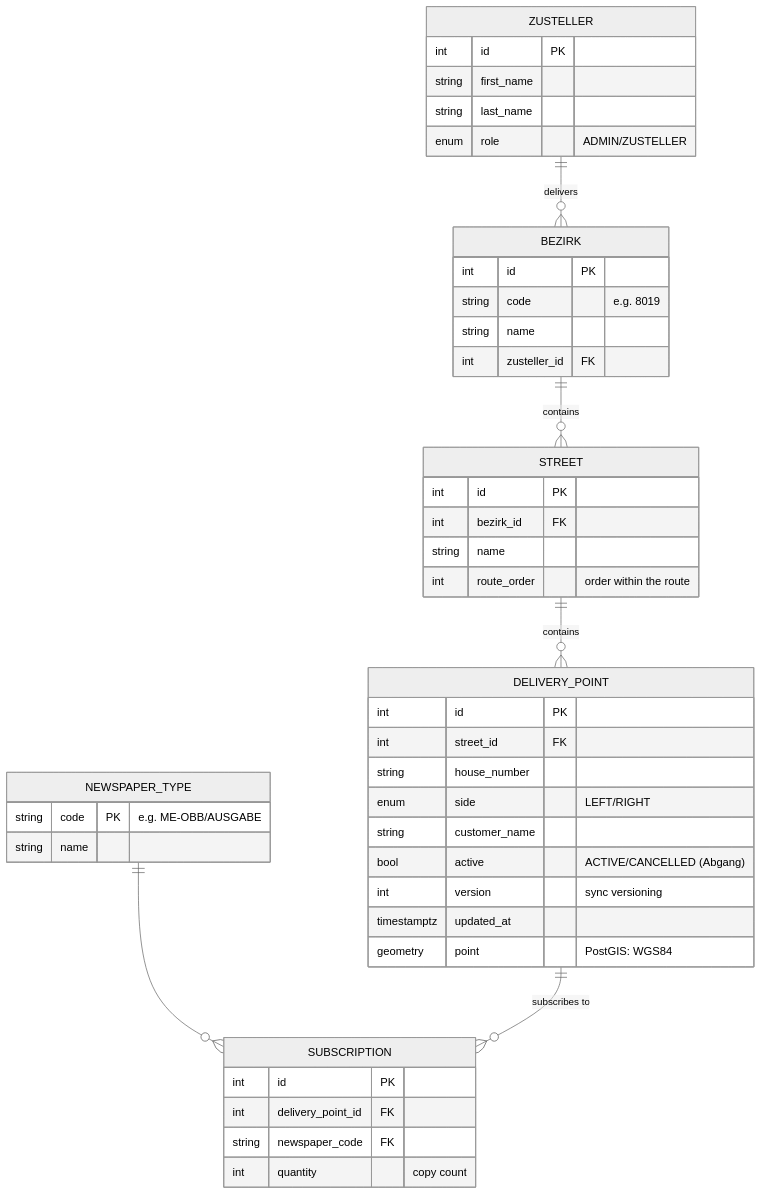
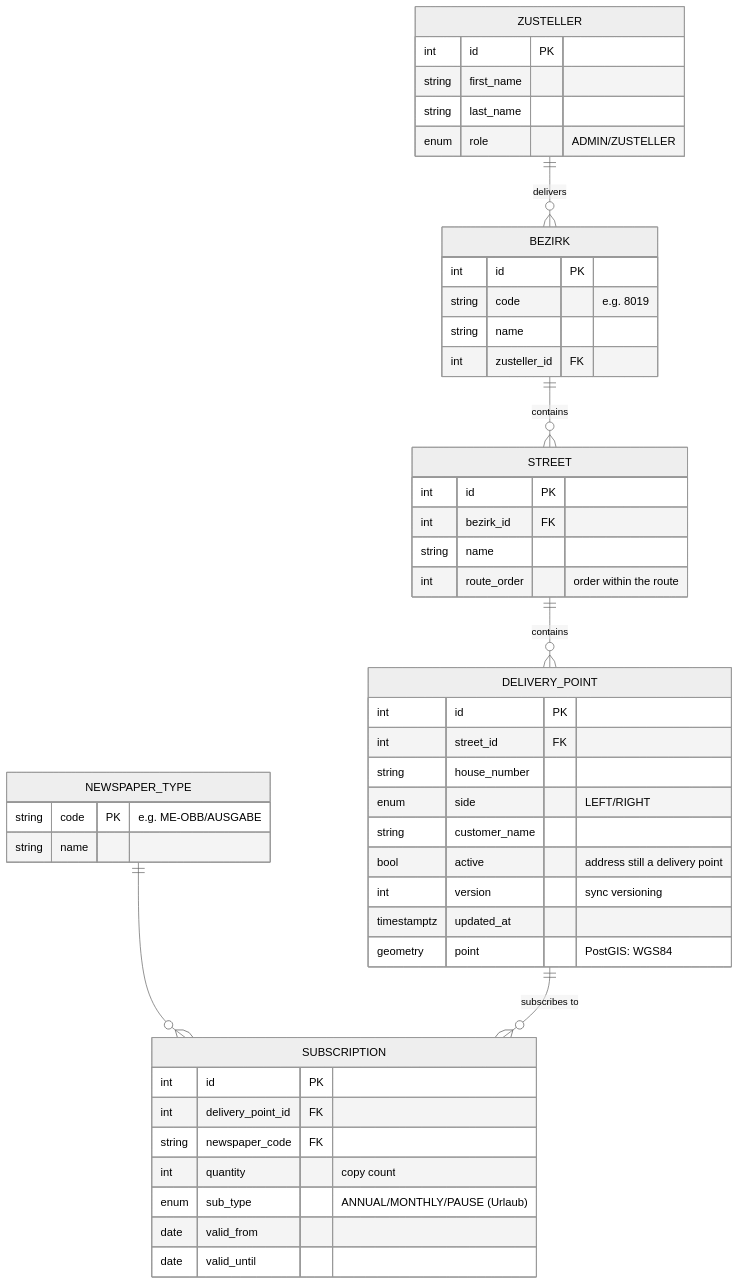
One commit to Robert-Sobolewski/zeitung-zusteller changed the diagram in docs/02_design/database_model.md. Above: the diagram before and after it, drawn with Mermaid (neutral theme). The commit also changed other lines of this file and 2 other files, not shown here.

Commit message:
docs: subscription domain model — validity periods for Zugang/Abgang/Urlaub
- docs/01_analysis/requirements.md: context = subscriber list (monthly/annual subscriptions); F4 change types include Urlaub pause
- docs/02_design/database_model.md: SUBSCRIPTION gains sub_type + valid_from/valid_until; daily list derived by date range, not stored
- docs/05_roadmap/roadmap.md: Phase 1 parser — import = current subscription state, field changes as validity-period updates

````diff
--- a/docs/02_design/database_model.md
+++ b/docs/02_design/database_model.md
@@ -10,47 +10,50 @@
 ```mermaid
 erDiagram
     ZUSTELLER ||--o{ BEZIRK : "delivers"
     BEZIRK ||--o{ STREET : "contains"
     STREET ||--o{ DELIVERY_POINT : "contains"
     NEWSPAPER_TYPE ||--o{ SUBSCRIPTION : ""
     DELIVERY_POINT ||--o{ SUBSCRIPTION : "subscribes to"
     DELIVERY_POINT {
         int id PK
         int street_id FK
         string house_number
         enum side "LEFT/RIGHT"
         string customer_name
-        bool active "ACTIVE/CANCELLED (Abgang)"
+        bool active "address still a delivery point"
         int version "sync versioning"
         timestamptz updated_at
         geometry point "PostGIS: WGS84"
     }
     BEZIRK {
         int id PK
         string code "e.g. 8019"
         string name
         int zusteller_id FK
     }
     STREET {
         int id PK
         int bezirk_id FK
         string name
         int route_order "order within the route"
     }
     ZUSTELLER {
         int id PK
         string first_name
         string last_name
         enum role "ADMIN/ZUSTELLER"
     }
     NEWSPAPER_TYPE {
         string code PK "e.g. ME-OBB/AUSGABE"
         string name
     }
     SUBSCRIPTION {
         int id PK
         int delivery_point_id FK
         string newspaper_code FK
         int quantity "copy count"
+        enum sub_type "ANNUAL/MONTHLY/PAUSE (Urlaub)"
+        date valid_from
+        date valid_until
     }
 ```
````
